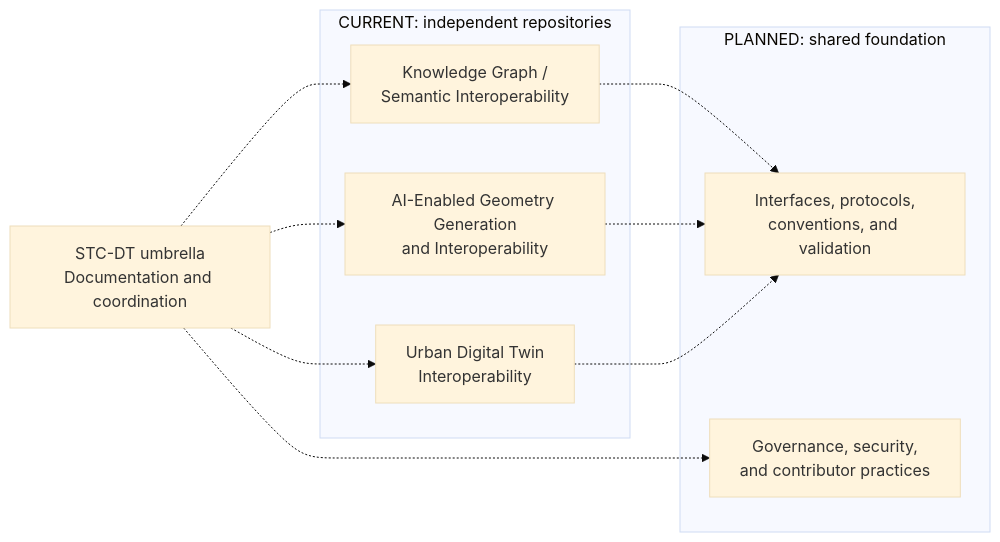
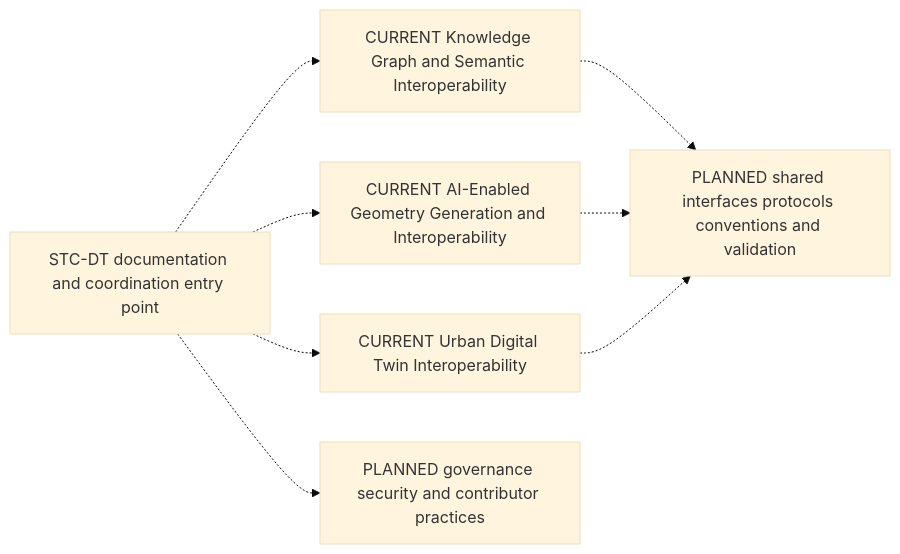
Before and after one commit to vijaybkhot/STC-DT: the diagram in docs/architecture.md, drawn with Mermaid (base theme). The commit also changed 1 other file, not shown here.

Commit message:
docs: simplify Mermaid diagrams for GitHub

````diff
--- a/docs/architecture.md
+++ b/docs/architecture.md
@@ -15,25 +15,10 @@
 ```mermaid
-flowchart LR
-    subgraph Current["CURRENT: independent repositories"]
-        KG["Knowledge Graph /<br>Semantic Interoperability"]
-        GEO["AI-Enabled Geometry Generation<br>and Interoperability"]
-        UDT["Urban Digital Twin<br>Interoperability"]
-    end
-
-    UMB["STC-DT umbrella<br>Documentation and coordination"]
-
-    subgraph Planned["PLANNED: shared foundation"]
-        FOUNDATION["Interfaces, protocols,<br>conventions, and validation"]
-        GOVERNANCE["Governance, security,<br>and contributor practices"]
-    end
-
-    UMB -.-> KG
-    UMB -.-> GEO
-    UMB -.-> UDT
-
-    KG -.-> FOUNDATION
-    GEO -.-> FOUNDATION
-    UDT -.-> FOUNDATION
-
-    UMB -.-> GOVERNANCE
+graph LR;
+    UMB[STC-DT documentation and coordination entry point] -.-> KG[CURRENT Knowledge Graph and Semantic Interoperability];
+    UMB -.-> GEO[CURRENT AI-Enabled Geometry Generation and Interoperability];
+    UMB -.-> UDT[CURRENT Urban Digital Twin Interoperability];
+    KG -.-> FOUNDATION[PLANNED shared interfaces protocols conventions and validation];
+    GEO -.-> FOUNDATION;
+    UDT -.-> FOUNDATION;
+    UMB -.-> GOVERNANCE[PLANNED governance security and contributor practices];
 ```
````
